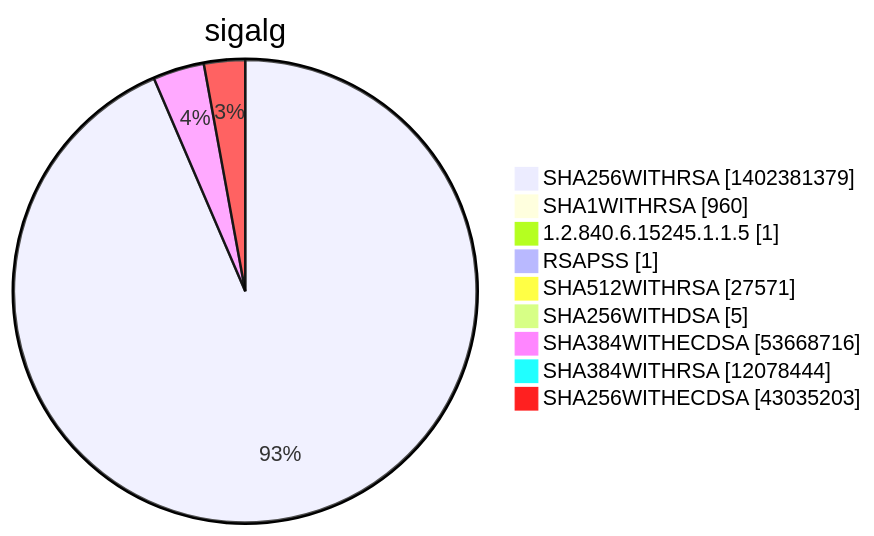
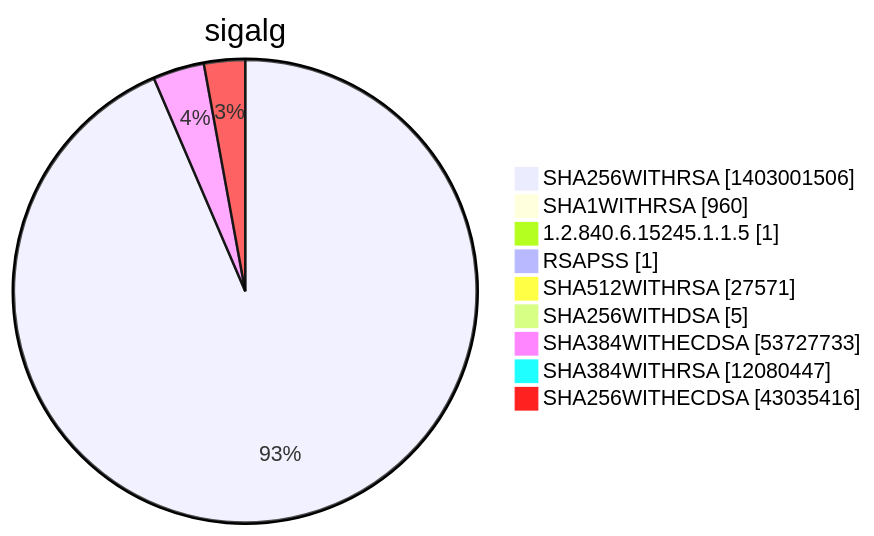
One commit to christiankrug/ctmonitor_visualization changed diagram 15 of 15 in argon2022/README.md. Above: the diagram before and after it, drawn with Mermaid. The commit also changed other lines of this file, not shown here.

````diff
--- a/argon2022/README.md
+++ b/argon2022/README.md
@@ -5524,13 +5524,13 @@
 ```mermaid
 pie showData
 title sigalg
-"SHA256WITHRSA" :1402381379
+"SHA256WITHRSA" :1403001506
 "SHA1WITHRSA" :960
 "1.2.840.6.15245.1.1.5" :1
 "RSAPSS" :1
 "SHA512WITHRSA" :27571
 "SHA256WITHDSA" :5
-"SHA384WITHECDSA" :53668716
-"SHA384WITHRSA" :12078444
-"SHA256WITHECDSA" :43035203
+"SHA384WITHECDSA" :53727733
+"SHA384WITHRSA" :12080447
+"SHA256WITHECDSA" :43035416
 ```
````
